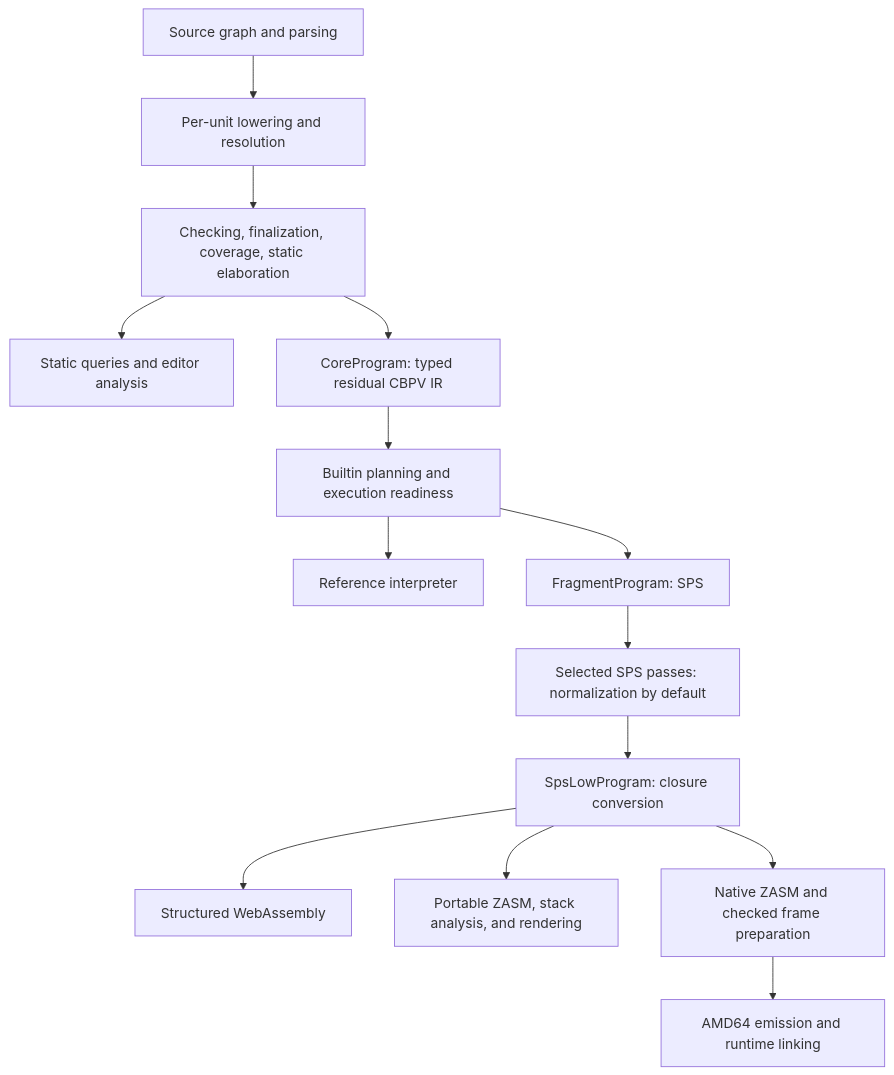
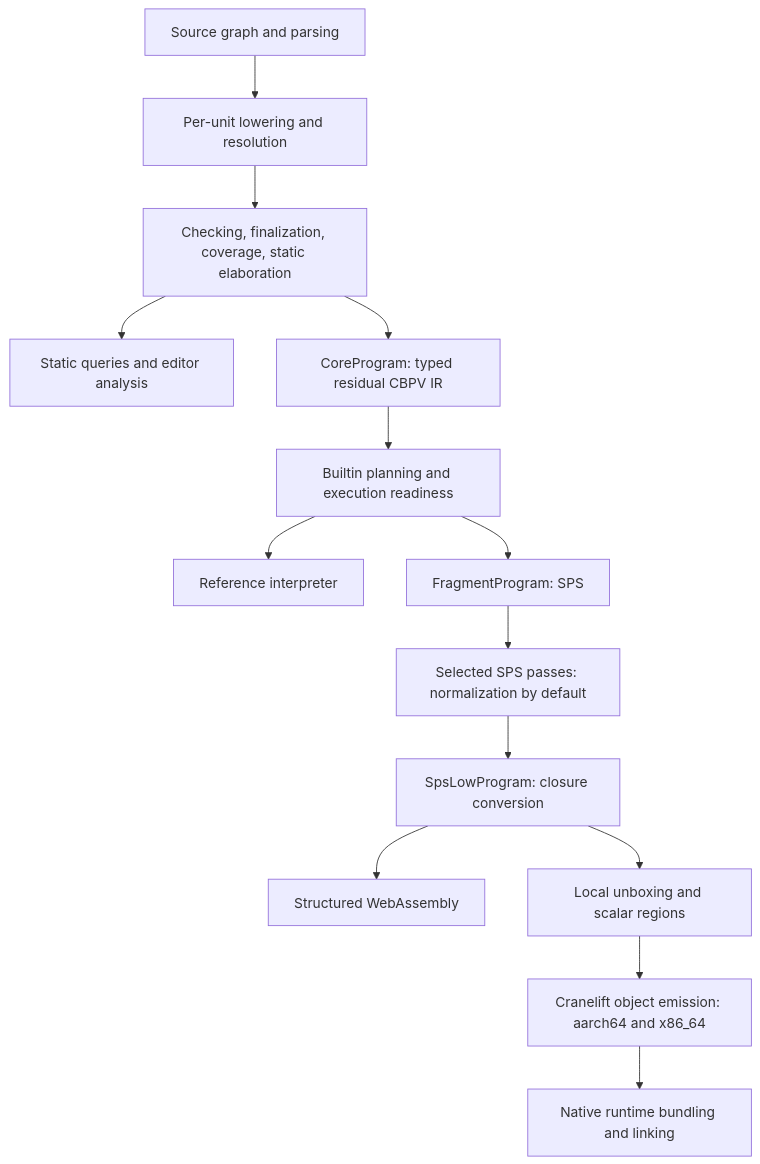
Before and after one commit to zydeco-lang/zydeco: the diagram in docs/references/compiler/src/architecture.md, drawn with Mermaid. The commit also changed other lines of this file and 25 other files, not shown here.

````diff
--- a/docs/references/compiler/src/architecture.md
+++ b/docs/references/compiler/src/architecture.md
@@ -10,16 +10,16 @@
 ```mermaid
 flowchart TD
     Sources[Source graph and parsing] --> Frontend[Per-unit lowering and resolution]
     Frontend --> Statics[Checking, finalization, coverage, static elaboration]
     Statics --> Queries[Static queries and editor analysis]
     Statics --> Core[CoreProgram: typed residual CBPV IR]
     Core --> Entry[Builtin planning and execution readiness]
     Entry --> Dynamics[Reference interpreter]
     Entry --> Sps[FragmentProgram: SPS]
     Sps --> Normalize[Selected SPS passes: normalization by default]
     Normalize --> Low[SpsLowProgram: closure conversion]
     Low --> Wasm[Structured WebAssembly]
-    Low --> Portable[Portable ZASM, stack analysis, and rendering]
-    Low --> Native[Native ZASM and checked frame preparation]
-    Native --> AMD64[AMD64 emission and runtime linking]
+    Low --> Rep[Local unboxing and scalar regions]
+    Rep --> Cranelift[Cranelift object emission: aarch64 and x86_64]
+    Cranelift --> Link[Native runtime bundling and linking]
 ```
````
